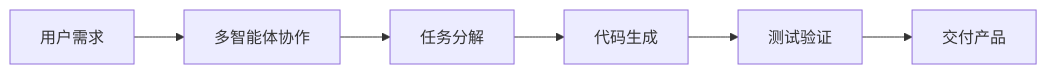
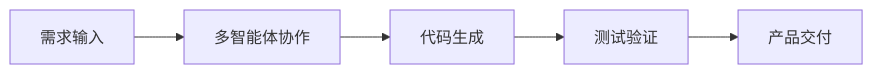
Diagram 11 of 12 in reports/2026/01/2026-01-13.md (wayyoungboy/github-trending-reporter), drawn with Mermaid before and after one commit. The commit also changed other lines of this file and 1 other file, not shown here.

````diff
--- a/reports/2026/01/2026-01-13.md
+++ b/reports/2026/01/2026-01-13.md
@@ -568,8 +578,7 @@
 ```mermaid
 graph LR
-    A[用户需求] --> B[多智能体协作]
-    B --> C[任务分解]
-    C --> D[代码生成]
-    D --> E[测试验证]
-    E --> F[交付产品]
+    A[需求输入] --> B[多智能体协作]
+    B --> C[代码生成]
+    C --> D[测试验证]
+    D --> E[产品交付]
 ```
````
